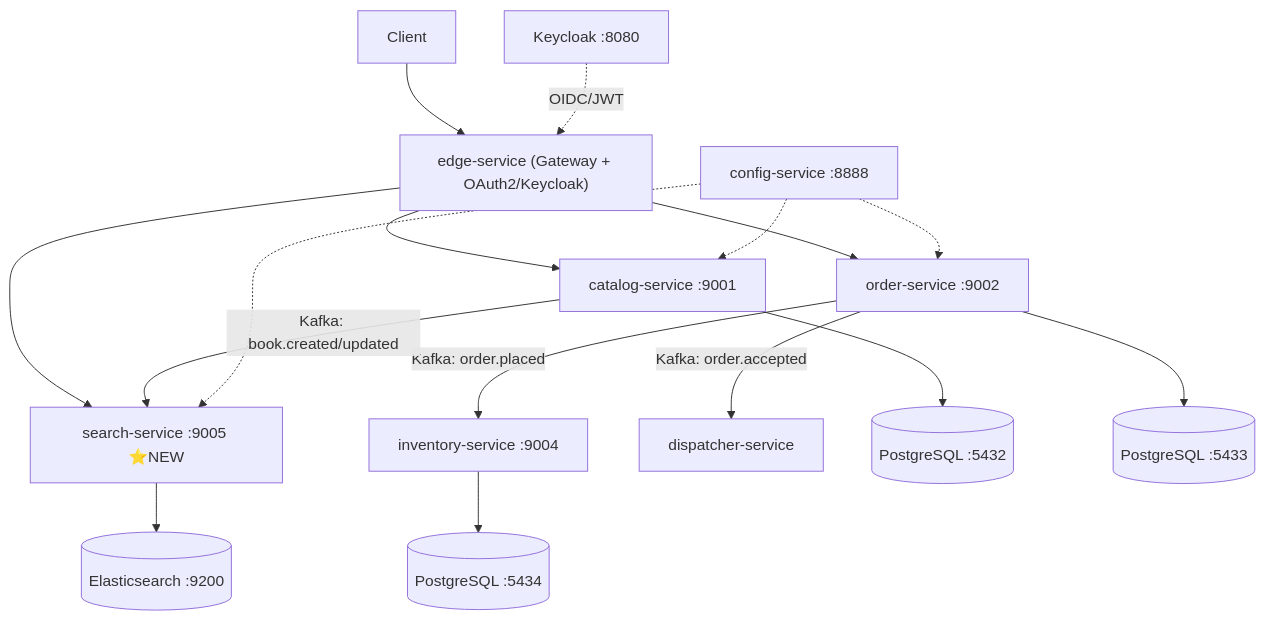
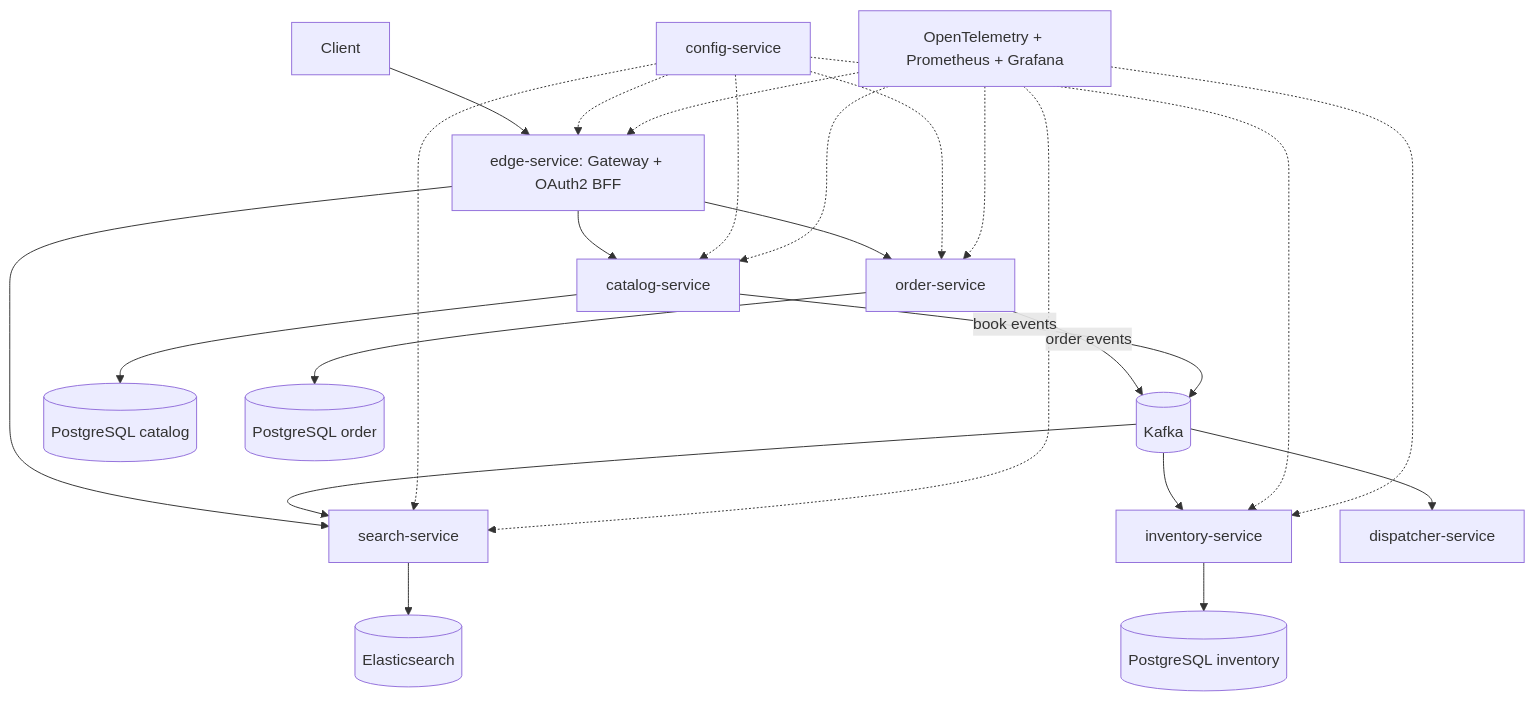
Before and after one commit to prophet509/spring-native-bookstore: the diagram in tasks/senior-roadmap.md, drawn with Mermaid. The commit also changed other lines of this file and 19 other files, not shown here.

````diff
--- a/tasks/senior-roadmap.md
+++ b/tasks/senior-roadmap.md
@@ -9,16 +15,18 @@
 ```mermaid
 graph TD
-    Client --> EdgeService["edge-service (Gateway + OAuth2/Keycloak)"]
-    EdgeService --> CatalogService["catalog-service :9001"]
-    EdgeService --> OrderService["order-service :9002"]
-    EdgeService --> SearchService["search-service :9005 ⭐NEW"]
-    OrderService -->|Kafka: order.placed| InventoryService["inventory-service :9004"]
-    OrderService -->|Kafka: order.accepted| DispatcherService["dispatcher-service"]
-    CatalogService -->|Kafka: book.created/updated| SearchService
-    CatalogService --> PolarDB_Catalog[(PostgreSQL :5432)]
-    OrderService --> PolarDB_Order[(PostgreSQL :5433)]
-    InventoryService --> PolarDB_Inventory[(PostgreSQL :5434)]
-    SearchService --> ES[(Elasticsearch :9200)]
-    ConfigService["config-service :8888"] -.-> CatalogService & OrderService & SearchService
-    Keycloak["Keycloak :8080"] -.->|OIDC/JWT| EdgeService
+    Client --> EdgeService["edge-service: Gateway + OAuth2 BFF"]
+    EdgeService --> CatalogService["catalog-service"]
+    EdgeService --> OrderService["order-service"]
+    EdgeService --> SearchService["search-service"]
+    OrderService -->|order events| Kafka[(Kafka)]
+    CatalogService -->|book events| Kafka
+    Kafka --> InventoryService["inventory-service"]
+    Kafka --> SearchService
+    Kafka --> DispatcherService["dispatcher-service"]
+    CatalogService --> CatalogDB[(PostgreSQL catalog)]
+    OrderService --> OrderDB[(PostgreSQL order)]
+    InventoryService --> InventoryDB[(PostgreSQL inventory)]
+    SearchService --> Elasticsearch[(Elasticsearch)]
+    ConfigService["config-service"] -.-> EdgeService & CatalogService & OrderService & InventoryService & SearchService
+    Observability["OpenTelemetry + Prometheus + Grafana"] -.-> EdgeService & CatalogService & OrderService & InventoryService & SearchService
 ```
````
